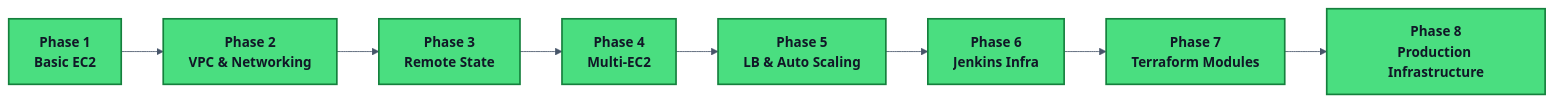
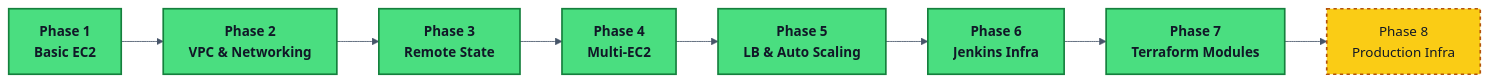
Before and after one commit to anshu-sharma-devops/key-learning-of-cloud-and-devops: the first of 5 diagrams in 01-terraform/README.md, drawn with Mermaid. The commit also changed other lines of this file and 4 other files, not shown here.

````diff
--- a/01-terraform/README.md
+++ b/01-terraform/README.md
@@ -27,22 +26,23 @@
 ```mermaid
 %%{init:{
 "theme":"base",
 "themeVariables":{
 "primaryTextColor":"#111827",
 "lineColor":"#475569",
 "background":"transparent"
 }}}%%
 
 flowchart LR
     P1["Phase 1<br/>Basic EC2"] --> P2["Phase 2<br/>VPC & Networking"]
     P2 --> P3["Phase 3<br/>Remote State"]
     P3 --> P4["Phase 4<br/>Multi-EC2"]
     P4 --> P5["Phase 5<br/>LB & Auto Scaling"]
     P5 --> P6["Phase 6<br/>Jenkins Infra"]
     P6 --> P7["Phase 7<br/>Terraform Modules"]
-  P7 --> P8["Phase 8<br/>Production Infrastructure"]
+    P7 --> P8["Phase 8<br/>Production Infra"]
 
-classDef done fill:#4ADE80,stroke:#15803D,color:#111827,stroke-width:2px,font-weight:bold;
-
-class P1,P2,P3,P4,P5,P6,P7,P8 done;
+    classDef done fill:#4ADE80,stroke:#15803D,color:#111827,stroke-width:2px,font-weight:bold;
+    classDef next fill:#FACC15,stroke:#B45309,color:#111827,stroke-width:2px,stroke-dasharray: 4 4;
+    class P1,P2,P3,P4,P5,P6,P7 done;
+    class P8 next;
 ```
````
